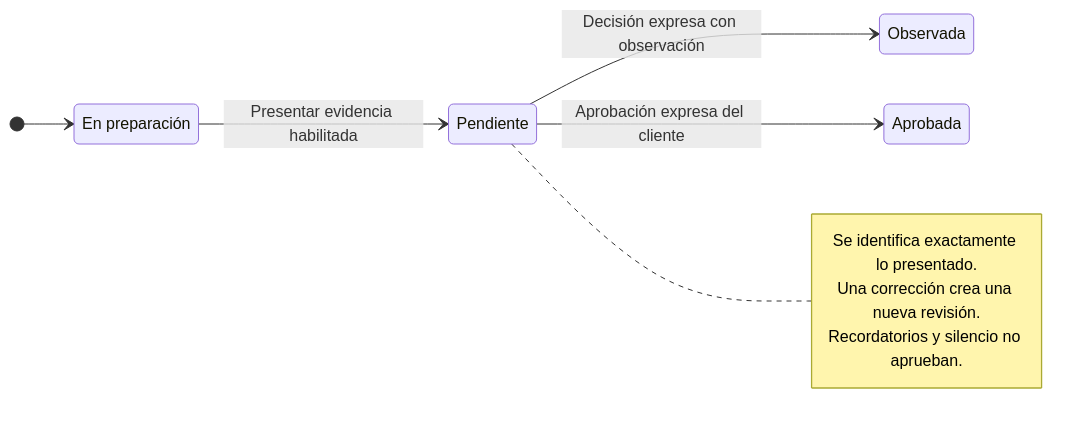
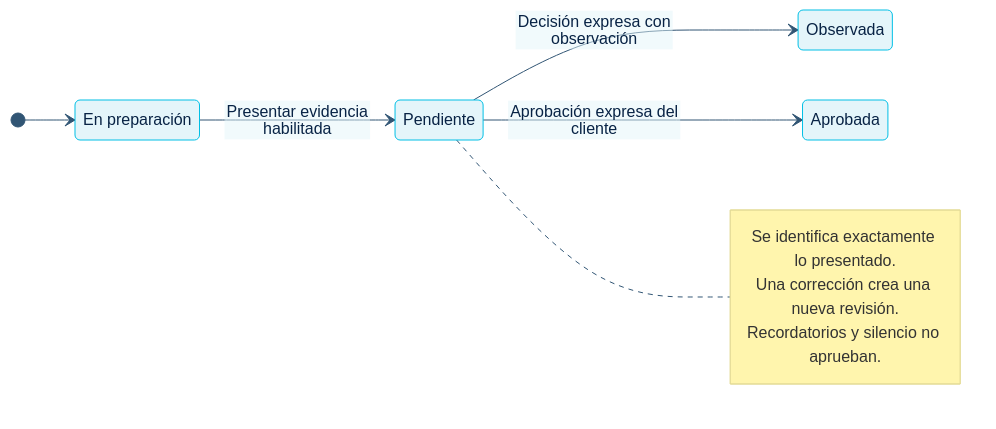
The fifth of 12 diagrams in src/content/docs/flujos/estados.md (chill0101/3daltoque-docs), drawn with Mermaid before and after one commit. The commit also changed other lines of this file and 145 other files, not shown here.

````diff
--- a/src/content/docs/flujos/estados.md
+++ b/src/content/docs/flujos/estados.md
@@ -167,18 +154,18 @@
 ```mermaid
+%%{init: {"theme":"base","themeVariables":{"primaryColor":"#E4F5FA","primaryTextColor":"#082345","primaryBorderColor":"#00BFE5","lineColor":"#315574","secondaryColor":"#F5F8FC","tertiaryColor":"#FFFFFF","fontFamily":"Manrope, sans-serif"},"flowchart":{"htmlLabels":false},"class":{"htmlLabels":false}}}%%
 stateDiagram-v2
   direction LR
   state "En preparación" as preparacion
   state "Pendiente" as pendiente
   state "Observada" as observada
   state "Aprobada" as aprobada
   [*] --> preparacion
   preparacion --> pendiente: Presentar evidencia habilitada
   pendiente --> observada: Decisión expresa con observación
   pendiente --> aprobada: Aprobación expresa del cliente
   note right of pendiente
     Se identifica exactamente lo presentado.
     Una corrección crea una nueva revisión.
     Recordatorios y silencio no aprueban.
   end note
-
 ```
````
